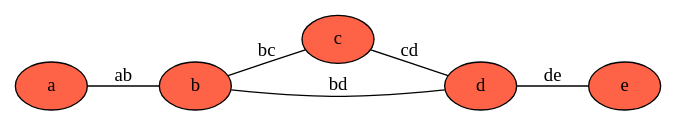
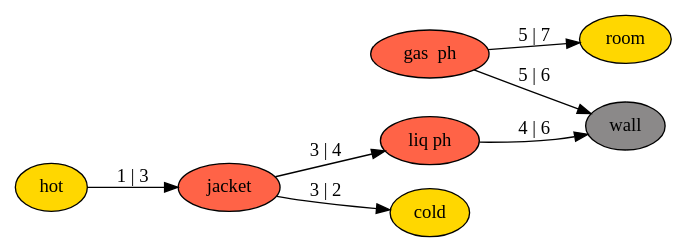
One commit to ATElve/OntoSim changed the diagram in OntoSim/GraphIndexTest/DOT/test.dot. Above: the diagram before and after it, drawn with Graphviz. The commit also changed 2 other files, not shown here.

```diff
--- a/OntoSim/GraphIndexTest/DOT/test.dot
+++ b/OntoSim/GraphIndexTest/DOT/test.dot
@@ -1,19 +1,22 @@
 ###############################################################################
 #	 Purpose: Dot graph for equation tree                                       #
 #	 Author:  Arne Tobias Elve                                                  #
-#	 When:    2017-07-31 17:12:31                                               #
+#	 When:    2017-08-02 17:41:00                                               #
 #	 Why:     Output to dot language                                            #
 ###############################################################################
-graph G {
+digraph G {
 rankdir = "LR"
-a [style = filled, fillcolor = Tomato];
-b [style = filled, fillcolor = Tomato];
-c [style = filled, fillcolor = Tomato];
-d [style = filled, fillcolor = Tomato];
-e [style = filled, fillcolor = Tomato];
-a -- b[ label = ab];
-b -- c[ label = bc];
-b -- d[ label = bd];
-c -- d[ label = cd];
-d -- e[ label = de];
+4 [style = filled, label = "gas  ph" fillcolor = Tomato];
+6 [style = filled, label = "liq ph" fillcolor = Tomato];
+7 [style = filled, label = "cold" fillcolor = Gold1];
+5 [style = filled, label = "wall" fillcolor = Snow4];
+9 [style = filled, label = "hot" fillcolor = Gold1];
+8 [style = filled, label = "jacket" fillcolor = Tomato];
+1 [style = filled, label = "room" fillcolor = Gold1];
+8 -> 6[ label = "3 | 4"];
+4 -> 5[ label = "5 | 6"];
+6 -> 5[ label = "4 | 6"];
+4 -> 1[ label = "5 | 7"];
+8 -> 7[ label = "3 | 2"];
+9 -> 8[ label = "1 | 3"];
 }
```
